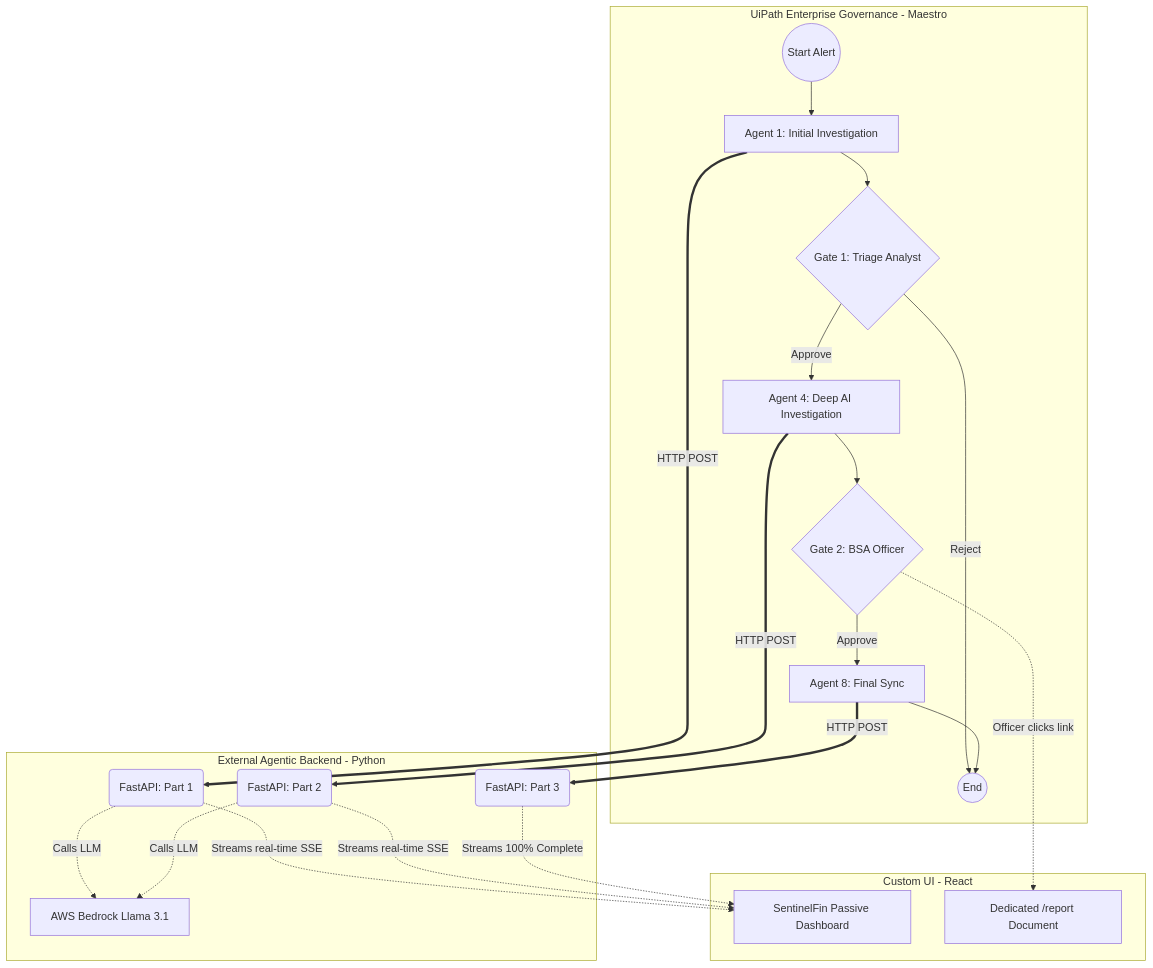
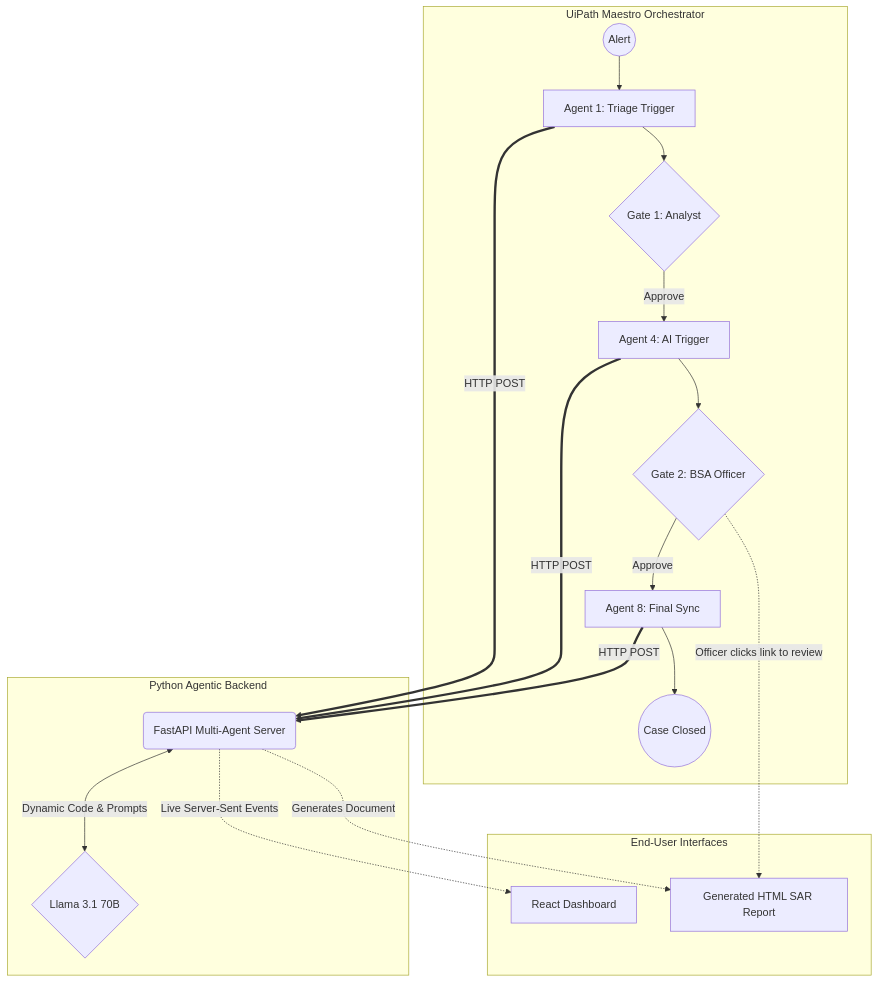
One commit to anilchowdary07/SentinelFin changed the diagram in README.md. Above: the diagram before and after it, drawn with Mermaid.

Commit message:
style: redesign architecture diagram for clean vertical enterprise layout

````diff
--- a/README.md
+++ b/README.md
@@ -30,43 +30,35 @@
 ```mermaid
 graph TD
-    subgraph UiPath Enterprise Governance - Maestro
-        M_Start((Start Alert))
-        M_Start --> A1[Agent 1: Initial Investigation]
-        A1 --> G1{Gate 1: Triage Analyst}
+    %% 1. Maestro Orchestrator
+    subgraph UiPath Maestro Orchestrator
+        M1((Alert)) --> M2[Agent 1: Triage Trigger]
+        M2 --> G1{Gate 1: Analyst}
+        G1 -->|Approve| M3[Agent 4: AI Trigger]
+        M3 --> G2{Gate 2: BSA Officer}
+        G2 -->|Approve| M4[Agent 8: Final Sync]
+        M4 --> M5((Case Closed))
+    end
+
+    %% 2. Python Backend
+    subgraph Python Agentic Backend
+        API(FastAPI Multi-Agent Server)
+        LLM{Llama 3.1 70B}
         
-        G1 -->|Approve| A4[Agent 4: Deep AI Investigation]
-        G1 -->|Reject| M_End((End))
-        
-        A4 --> G2{Gate 2: BSA Officer}
-        G2 -->|Approve| A8[Agent 8: Final Sync]
-        A8 --> M_End
+        API <-->|Dynamic Code & Prompts| LLM
     end
-    
-    subgraph External Agentic Backend - Python
-        F_API1(FastAPI: Part 1)
-        F_API2(FastAPI: Part 2)
-        F_API3(FastAPI: Part 3)
-        
-        LLM[AWS Bedrock Llama 3.1]
-        
-        F_API1 -.->|Calls LLM| LLM
-        F_API2 -.->|Calls LLM| LLM
+
+    %% 3. User Interfaces
+    subgraph End-User Interfaces
+        UI_Dash[React Dashboard]
+        UI_Report[Generated HTML SAR Report]
     end
-    
-    subgraph Custom UI - React
-        Dash[SentinelFin Passive Dashboard]
-        HTML_Report[Dedicated /report Document]
-    end
-    
-    %% Maestro HTTP Connections
-    A1 ==>|HTTP POST| F_API1
-    A4 ==>|HTTP POST| F_API2
-    A8 ==>|HTTP POST| F_API3
-    
-    %% UI and Human Connections
-    F_API1 -.->|Streams real-time SSE| Dash
-    F_API2 -.->|Streams real-time SSE| Dash
-    F_API3 -.->|Streams 100% Complete| Dash
-    
-    G2 -.->|Officer clicks link| HTML_Report
+
+    %% Connections (Vertical flow)
+    M2 ==>|HTTP POST| API
+    M3 ==>|HTTP POST| API
+    M4 ==>|HTTP POST| API
+
+    API -.->|Live Server-Sent Events| UI_Dash
+    API -.->|Generates Document| UI_Report
+    G2 -.->|Officer clicks link to review| UI_Report
 ```
````
